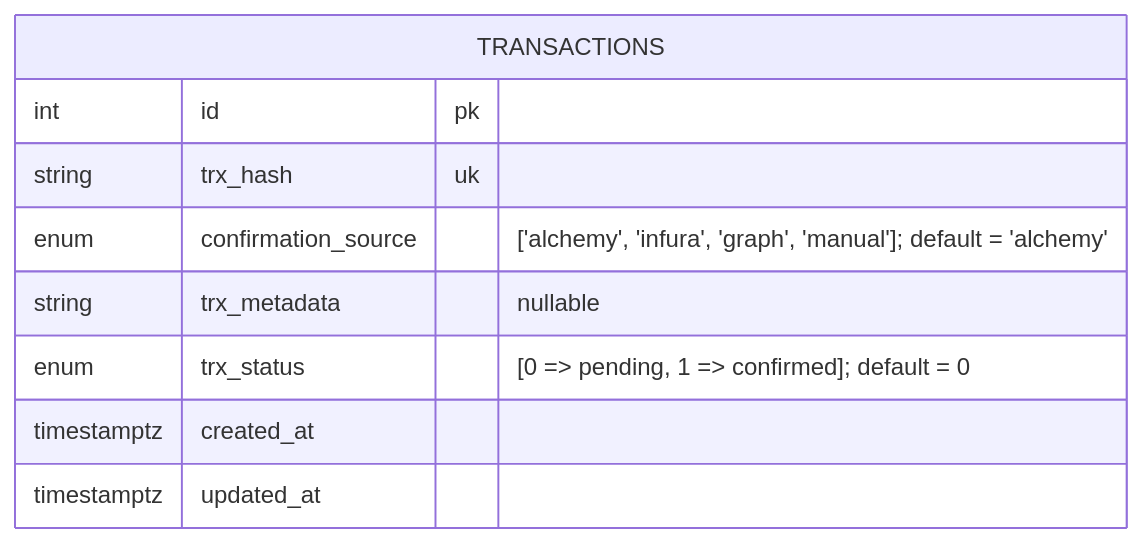
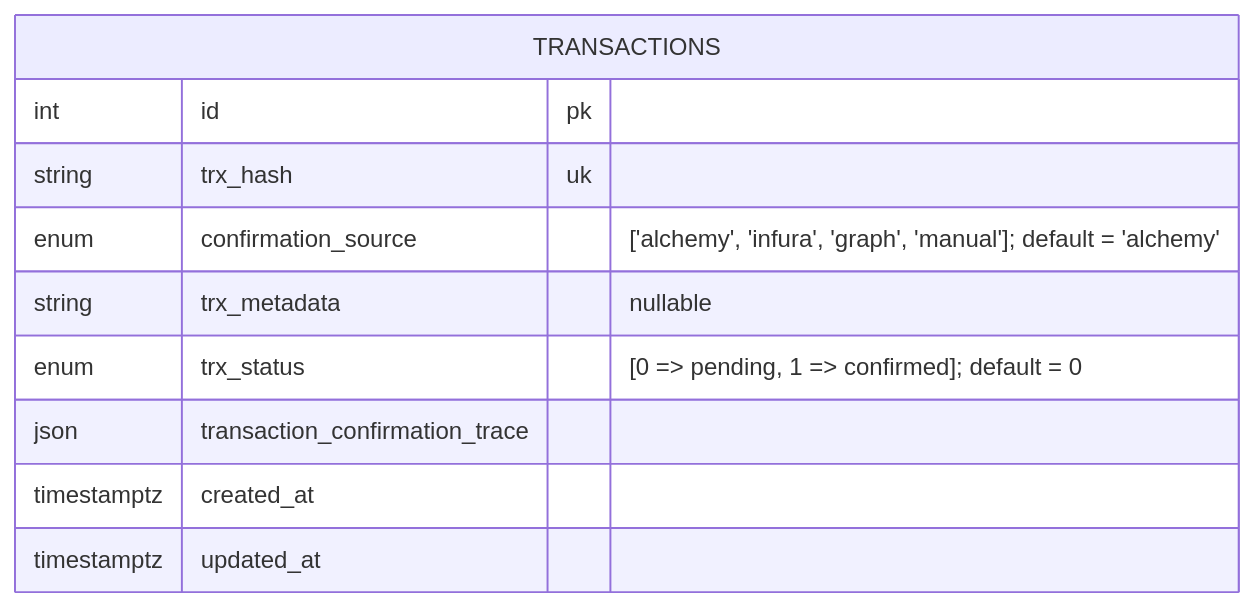
One commit to FinCube-23/DAO-Proposal-Governance changed the first of 3 diagrams in IMPROVED-ER-DIAGRAM.md. Above: the diagram before and after it, drawn with Mermaid.

Commit message:
hotfix: add transaction_confirmation_trace field to TRANSACTIONS entity

````diff
--- a/IMPROVED-ER-DIAGRAM.md
+++ b/IMPROVED-ER-DIAGRAM.md
@@ -9,14 +9,15 @@
 ```mermaid
 erDiagram
 
     TRANSACTIONS {
         int id pk
         string trx_hash uk
         enum confirmation_source "['alchemy', 'infura', 'graph', 'manual']; default = 'alchemy'"
         string trx_metadata "nullable"
         enum trx_status "[0 => pending, 1 => confirmed]; default = 0"
+        json transaction_confirmation_trace
         timestamptz created_at
         timestamptz updated_at
     }
 
 ```
````
